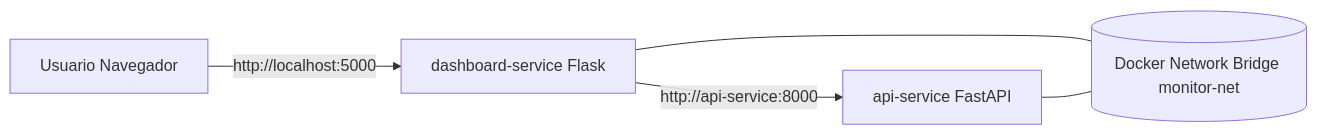
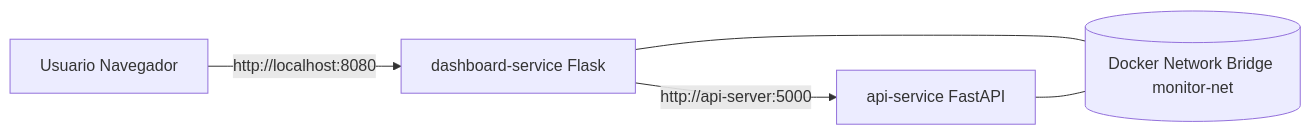
The diagram in Readme.md (betocolindres1997-dot/examenParcial2), drawn with Mermaid before and after one commit. The commit also changed other lines of this file and 7 other files, not shown here.

````diff
--- a/Readme.md
+++ b/Readme.md
@@ -16,7 +16,7 @@
 ```mermaid
 flowchart LR
-		U[Usuario Navegador] -->|http://localhost:5000| D[dashboard-service Flask]
-		D -->|http://api-service:8000| A[api-service FastAPI]
+		U[Usuario Navegador] -->|http://localhost:8080| D[dashboard-service Flask]
+		D -->|http://api-server:5000| A[api-service FastAPI]
 		D --- N[(Docker Network Bridge monitor-net)]
 		A --- N
 ```
````
